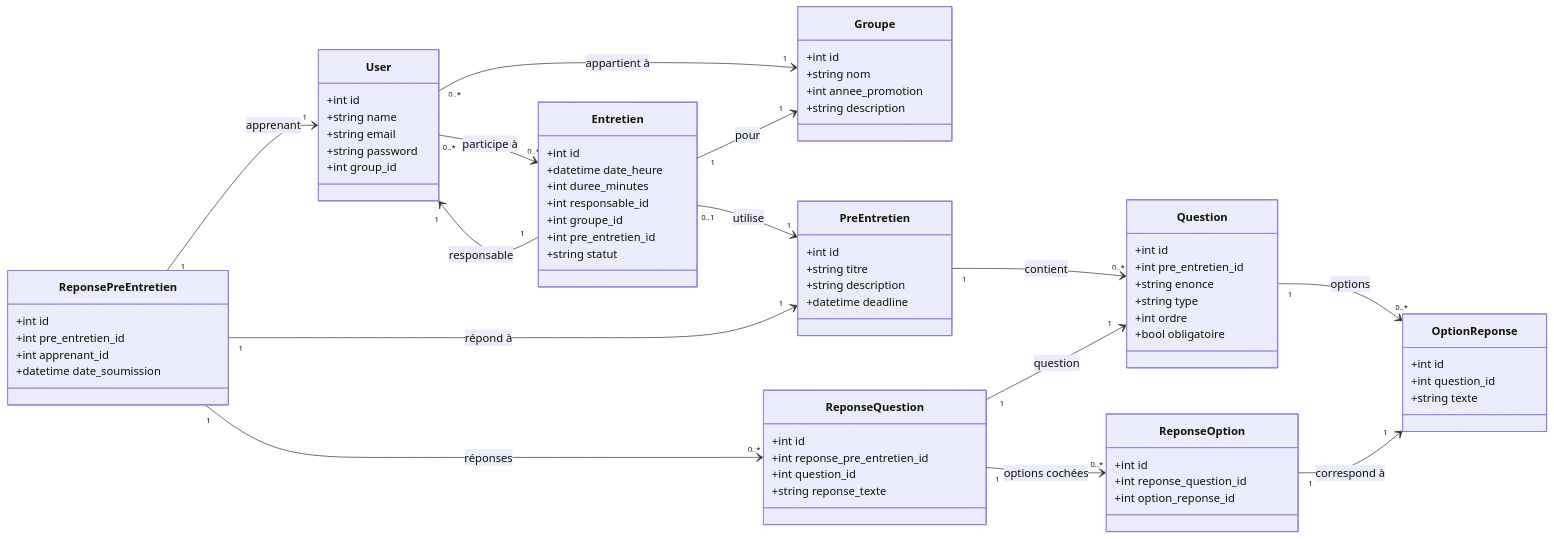
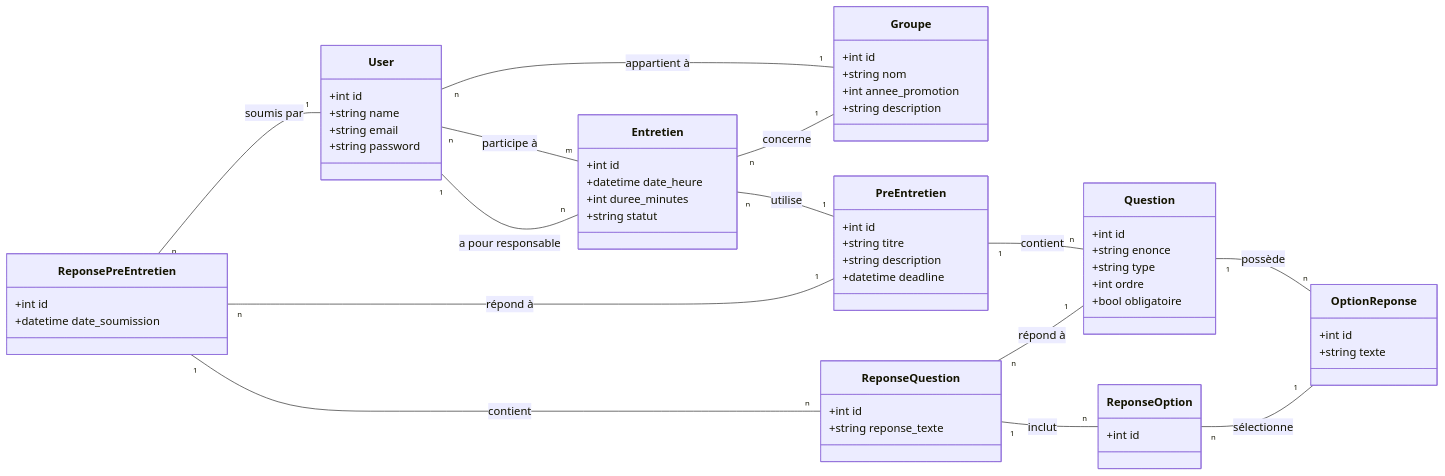
One commit to bardichoussama/FileRouge changed the diagram in Branche Technique/Conception/Diagram_Class.mmd. Above: the diagram before and after it, drawn with Mermaid.

```diff
--- a/Branche Technique/Conception/Diagram_Class.mmd
+++ b/Branche Technique/Conception/Diagram_Class.mmd
@@ -1,90 +1,63 @@
 classDiagram
     direction LR
-
     %% ===== CORE CLASSES WITHOUT PACKAGES =====
-
     class User {
         +int id
         +string name
         +string email
         +string password
-        +int group_id
     }
-
     class Groupe {
         +int id
         +string nom
         +int annee_promotion
         +string description
     }
-
     class PreEntretien {
         +int id
         +string titre
         +string description
         +datetime deadline
     }
-
     class Question {
         +int id
-        +int pre_entretien_id
         +string enonce
         +string type
         +int ordre
         +bool obligatoire
     }
-
     class OptionReponse {
         +int id
-        +int question_id
         +string texte
     }
-
     class Entretien {
         +int id
         +datetime date_heure
         +int duree_minutes
-        +int responsable_id
-        +int groupe_id
-        +int pre_entretien_id
         +string statut
     }
-
     class ReponsePreEntretien {
         +int id
-        +int pre_entretien_id
-        +int apprenant_id
         +datetime date_soumission
     }
-
     class ReponseQuestion {
         +int id
-        +int reponse_pre_entretien_id
-        +int question_id
         +string reponse_texte
     }
-
     class ReponseOption {
         +int id
-        +int reponse_question_id
-        +int option_reponse_id
     }
-
     %% ===== RELATIONSHIPS =====
-
-    User "0..*" --> "1" Groupe : appartient à
-    Entretien "1" --> "1" User : responsable
-    User "0..*" --> "0..*" Entretien : participe à
-    Entretien "1" --> "1" Groupe : pour
-    Entretien "0..1" --> "1" PreEntretien : utilise
-
-    PreEntretien "1" --> "0..*" Question : contient
-    Question "1" --> "0..*" OptionReponse : options
-
-    ReponsePreEntretien "1" --> "1" User : apprenant
-    ReponsePreEntretien "1" --> "1" PreEntretien : répond à
-    ReponsePreEntretien "1" --> "0..*" ReponseQuestion : réponses
-
-    ReponseQuestion "1" --> "1" Question : question
-    ReponseQuestion "1" --> "0..*" ReponseOption : options cochées
-    ReponseOption "1" --> "1" OptionReponse : correspond à
+    User "n" -- "1" Groupe : appartient à
+    Entretien "n" -- "1" User : a pour responsable
+    User "n" -- "m" Entretien : participe à
+    Entretien "n" -- "1" Groupe : concerne
+    Entretien "n" -- "1" PreEntretien : utilise
+    PreEntretien "1" -- "n" Question : contient
+    Question "1" -- "n" OptionReponse : possède
+    ReponsePreEntretien "n" -- "1" User : soumis par
+    ReponsePreEntretien "n" -- "1" PreEntretien : répond à
+    ReponsePreEntretien "1" -- "n" ReponseQuestion : contient
+    ReponseQuestion "n" -- "1" Question : répond à
+    ReponseQuestion "1" -- "n" ReponseOption : inclut
+    ReponseOption "n" -- "1" OptionReponse : sélectionne
```
